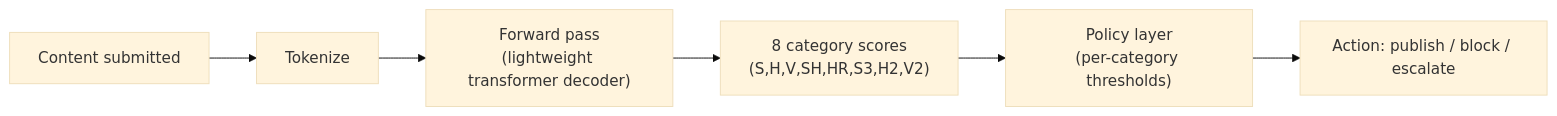
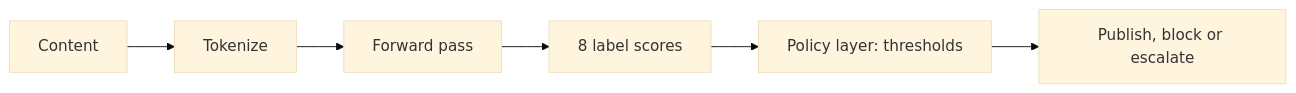
The fifth of 5 diagrams in case-studies/harmful-content-detection/README.md (romancobblepot/AI-system-design-primer), drawn with Mermaid (base theme) before and after one commit. The commit also changed other lines of this file and 49 other files, not shown here.

````diff
--- a/case-studies/harmful-content-detection/README.md
+++ b/case-studies/harmful-content-detection/README.md
@@ -268,8 +294,8 @@
 ```mermaid
 flowchart LR
-    C["Content submitted"] --> TOK["Tokenize"]
-    TOK --> FWD["Forward pass\n(lightweight transformer decoder)"]
-    FWD --> SCR["8 category scores\n(S,H,V,SH,HR,S3,H2,V2)"]
-    SCR --> POL["Policy layer\n(per-category thresholds)"]
-    POL --> ACT["Action: publish / block / escalate"]
+    C["Content"] --> TOK["Tokenize"]
+    TOK --> FWD["Forward pass"]
+    FWD --> SCR["8 label scores"]
+    SCR --> POL["Policy layer: thresholds"]
+    POL --> ACT["Publish, block or escalate"]
 ```
````
